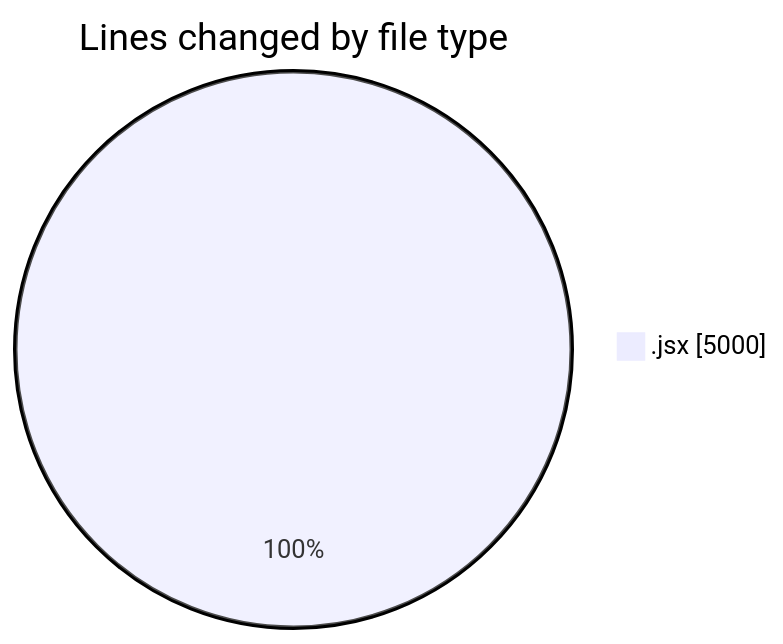
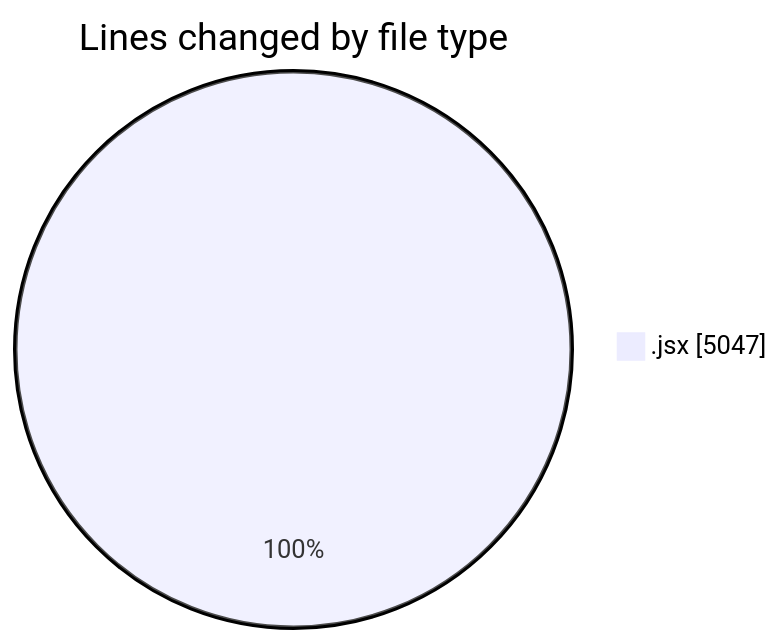
The first of 2 diagrams in 2025-05-13/argos-dev/README.md (nxtqubesakshisongat/code-tracking), drawn with Mermaid before and after one commit. The commit also changed other lines of this file and 1 other file, not shown here.

````diff
--- a/2025-05-13/argos-dev/README.md
+++ b/2025-05-13/argos-dev/README.md
@@ -26,5 +26,5 @@
 ```mermaid
 pie showData
 title Lines changed by file type
-".jsx" : 5000
+".jsx" : 5047
 ```
````
